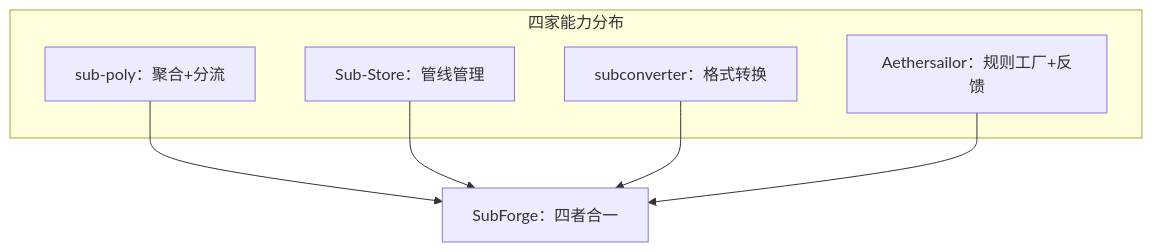
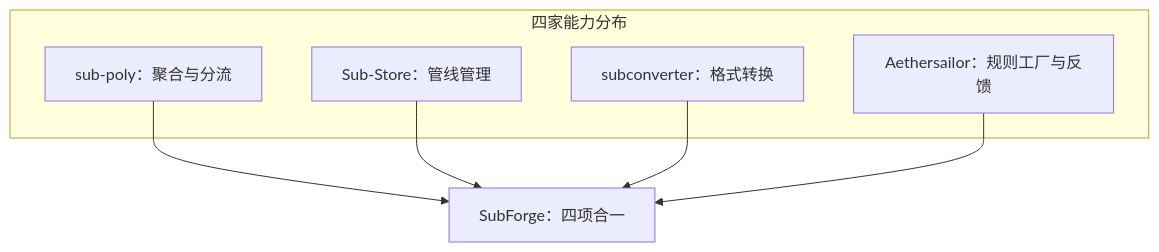
One commit to tktogether/subforge changed the second of 2 diagrams in docs/wiki/项目简介与设计目标.md. Above: the diagram before and after it, drawn with Mermaid. The commit also changed other lines of this file and 27 other files, not shown here.

````diff
--- a/docs/wiki/项目简介与设计目标.md
+++ b/docs/wiki/项目简介与设计目标.md
@@ -63,13 +64,13 @@
 ```mermaid
 flowchart TB
     subgraph Gap[四家能力分布]
-        P1[sub-poly：聚合+分流]
+        P1[sub-poly：聚合与分流]
         P2[Sub-Store：管线管理]
         P3[subconverter：格式转换]
-        P4[Aethersailor：规则工厂+反馈]
+        P4[Aethersailor：规则工厂与反馈]
     end
-    P1 --> S[SubForge：四者合一]
+    P1 --> S[SubForge：四项合一]
     P2 --> S
     P3 --> S
     P4 --> S
 ```
````
